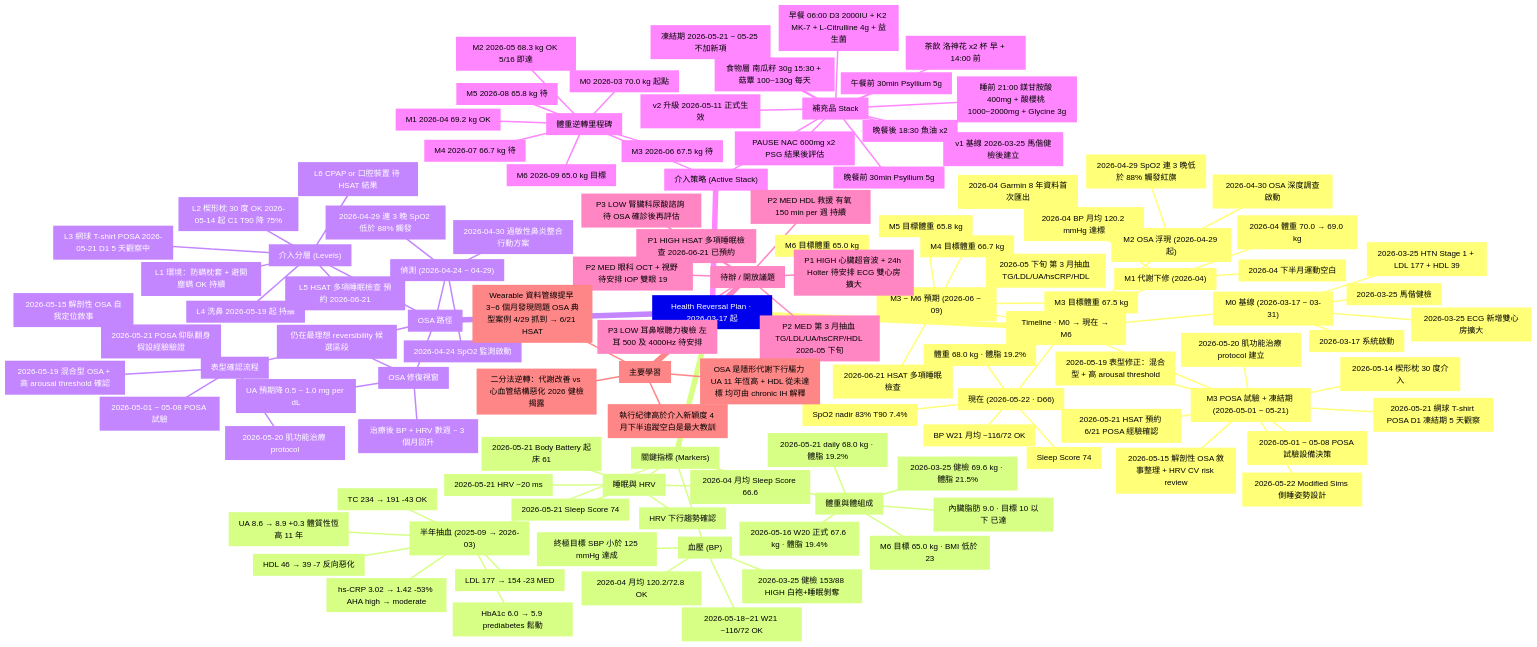
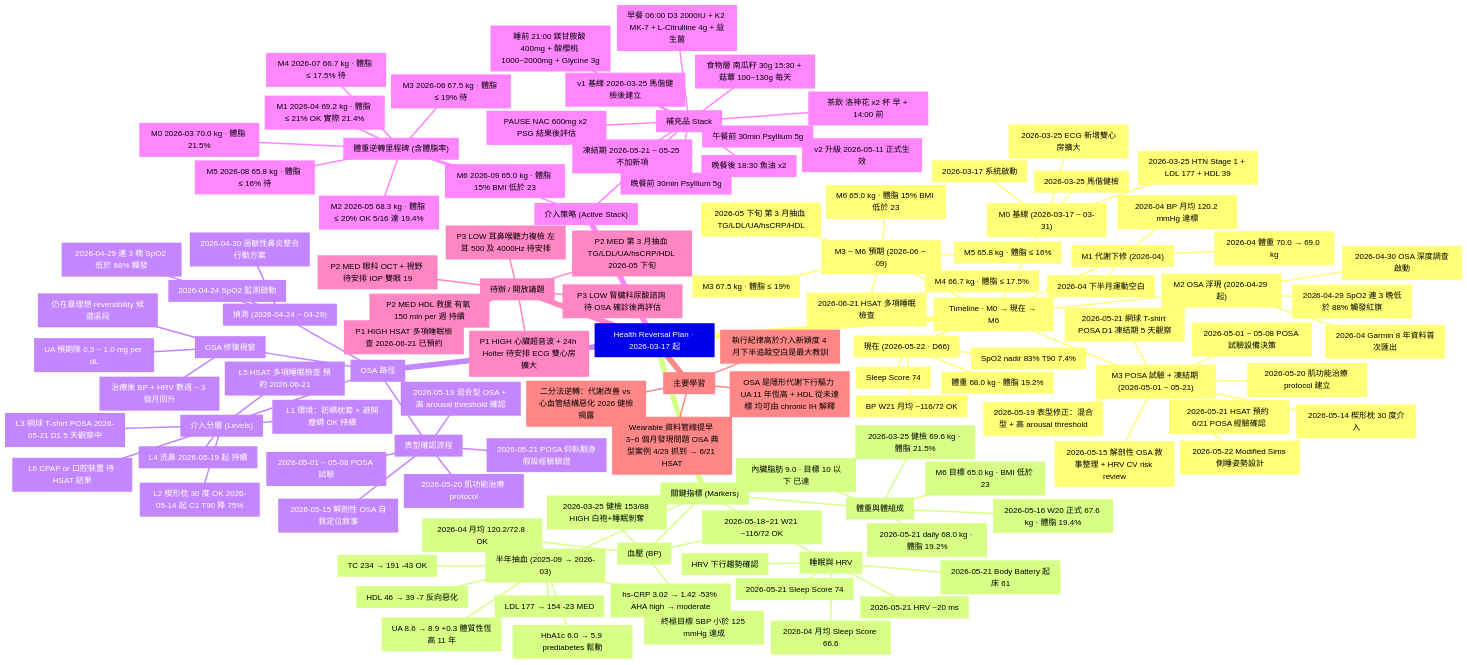
One commit to Eaglemamba/Health-Check changed the diagram in PROGRESS-mindmap.md. Above: the diagram before and after it, drawn with Mermaid. The commit also changed 2 other files, not shown here.

Commit message:
PROGRESS mindmap + PROGRESS.md：M1-M6 加入每月體脂率目標
每月里程碑從單一體重欄擴充為「體重 + 體脂率」雙欄：
- M0  2026-03  70.0 kg  21.5% 起點
- M1  2026-04  69.2 kg  ≤ 21%   ✓ 實際 21.4%
- M2  2026-05  68.3 kg  ≤ 20%   ✓ 5/16 達 67.6 / 19.4%
- M3  2026-06  67.5 kg  ≤ 19%
- M4  2026-07  66.7 kg  ≤ 17.5%
- M5  2026-08  65.8 kg  ≤ 16%
- M6  2026-09  65.0 kg  15%（W19 路徑） BMI < 23

體脂率 slope ≈ -1.0 ~ -1.5%/月；重點在內臟脂肪 < 9，不是無差別減重。

修改三個檔案：
- PROGRESS.md 第三節體重逆轉里程碑表
- PROGRESS-mindmap.md (mermaid)：Forecast + Weight_plan 兩段
- PROGRESS-mindmap.html (markmap)：M3~M6 預期 + 體重逆轉里程碑兩段

```diff
--- a/PROGRESS-mindmap.md
+++ b/PROGRESS-mindmap.md
@@ -36,10 +36,10 @@
             Forecast["M3 ~ M6 預期 (2026-06 ~ 09)"]
                 F1["2026-06-21 HSAT 多項睡眠檢查"]
                 F2["2026-05 下旬 第 3 月抽血 TG/LDL/UA/hsCRP/HDL"]
-                F3["M3 目標體重 67.5 kg"]
-                F4["M4 目標體重 66.7 kg"]
-                F5["M5 目標體重 65.8 kg"]
-                F6["M6 目標體重 65.0 kg"]
+                F3["M3 67.5 kg · 體脂 ≤ 19%"]
+                F4["M4 66.7 kg · 體脂 ≤ 17.5%"]
+                F5["M5 65.8 kg · 體脂 ≤ 16%"]
+                F6["M6 65.0 kg · 體脂 15% BMI 低於 23"]
         Markers["關鍵指標 (Markers)"]
             BP["血壓 (BP)"]
                 BP1["2026-03-25 健檢 153/88 HIGH 白袍+睡眠剝奪"]
@@ -100,14 +100,14 @@
                 S_food["食物層 南瓜籽 30g 15:30 + 菇蕈 100~130g 每天"]
                 S_tea["茶飲 洛神花 x2 杯 早 + 14:00 前"]
                 S_pending["PAUSE NAC 600mg x2 PSG 結果後評估"]
-            Weight_plan["體重逆轉里程碑"]
-                WM0["M0 2026-03 70.0 kg 起點"]
-                WM1["M1 2026-04 69.2 kg OK"]
-                WM2["M2 2026-05 68.3 kg OK 5/16 即達"]
-                WM3["M3 2026-06 67.5 kg 待"]
-                WM4["M4 2026-07 66.7 kg 待"]
-                WM5["M5 2026-08 65.8 kg 待"]
-                WM6["M6 2026-09 65.0 kg 目標"]
+            Weight_plan["體重逆轉里程碑 (含體脂率)"]
+                WM0["M0 2026-03 70.0 kg · 體脂 21.5%"]
+                WM1["M1 2026-04 69.2 kg · 體脂 ≤ 21% OK 實際 21.4%"]
+                WM2["M2 2026-05 68.3 kg · 體脂 ≤ 20% OK 5/16 達 19.4%"]
+                WM3["M3 2026-06 67.5 kg · 體脂 ≤ 19% 待"]
+                WM4["M4 2026-07 66.7 kg · 體脂 ≤ 17.5% 待"]
+                WM5["M5 2026-08 65.8 kg · 體脂 ≤ 16% 待"]
+                WM6["M6 2026-09 65.0 kg · 體脂 15% BMI 低於 23"]
         TODO["待辦 / 開放議題"]
             T1["P1 HIGH HSAT 多項睡眠檢查 2026-06-21 已預約"]
             T2["P1 HIGH 心臟超音波 + 24h Holter 待安排 ECG 雙心房擴大"]
```
